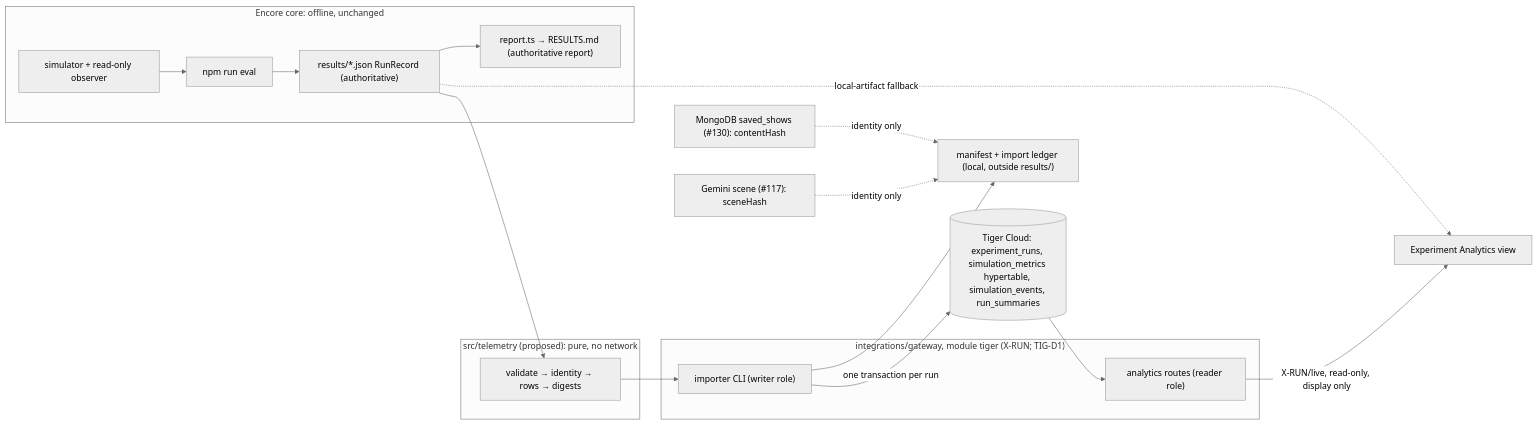
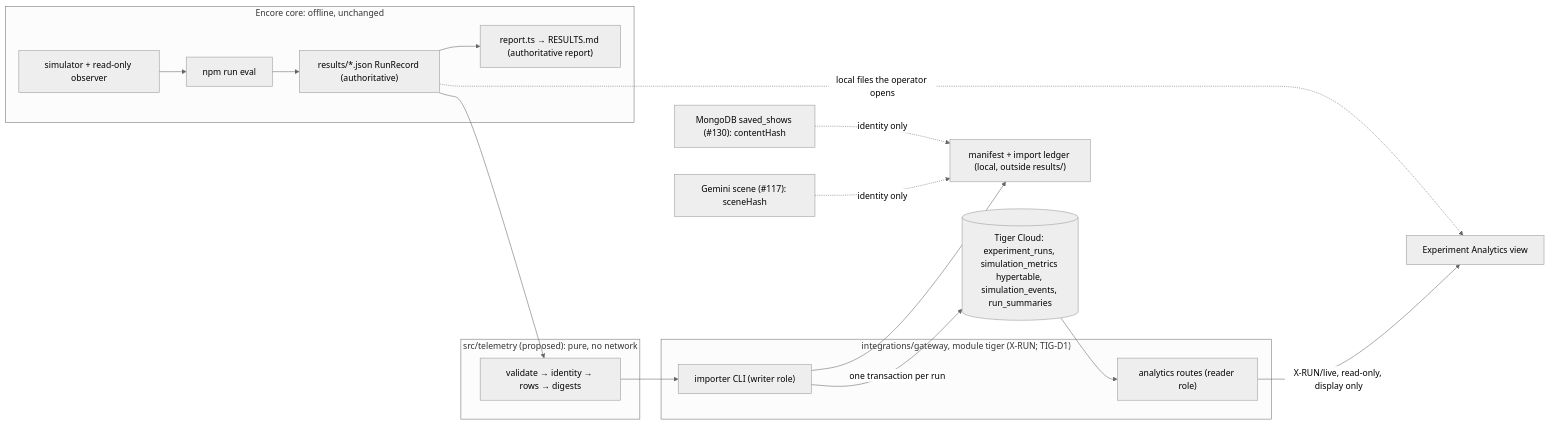
One commit to durhacko/Pihh changed the diagram in docs/integrations/tiger-data-analytics.md. Above: the diagram before and after it, drawn with Mermaid (neutral theme). The commit also changed other lines of this file and 4 other files, not shown here.

````diff
--- a/docs/integrations/tiger-data-analytics.md
+++ b/docs/integrations/tiger-data-analytics.md
@@ -79,23 +79,23 @@
 ```mermaid
 flowchart LR
   subgraph CORE["Encore core: offline, unchanged"]
     SIM["simulator + read-only observer"] --> CLI["npm run eval"]
     CLI --> ART["results/*.json RunRecord (authoritative)"]
     ART --> REP["report.ts → RESULTS.md (authoritative report)"]
   end
   subgraph TEL["src/telemetry (proposed): pure, no network"]
     VAL["validate → identity → rows → digests"]
   end
   subgraph GW["integrations/gateway, module tiger (X-RUN; TIG-D1)"]
     IMP["importer CLI (writer role)"]
     API["analytics routes (reader role)"]
   end
   ART --> VAL --> IMP
   IMP --> LED["manifest + import ledger (local, outside results/)"]
   IMP -->|"one transaction per run"| TIG[("Tiger Cloud: experiment_runs, simulation_metrics hypertable, simulation_events, run_summaries")]
   TIG --> API
   API -->|"X-RUN/live, read-only, display only"| DASH["Experiment Analytics view"]
-  ART -.->|"local-artifact fallback"| DASH
+  ART -.->|"local files the operator opens"| DASH
   GEM["Gemini scene (#117): sceneHash"] -.->|"identity only"| LED
   MDB["MongoDB saved_shows (#130): contentHash"] -.->|"identity only"| LED
 ```
````
